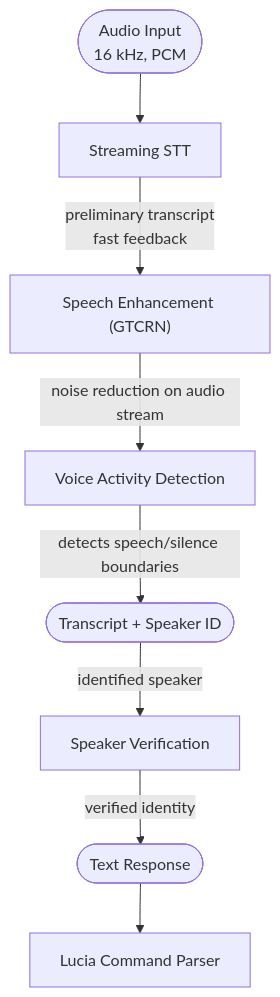
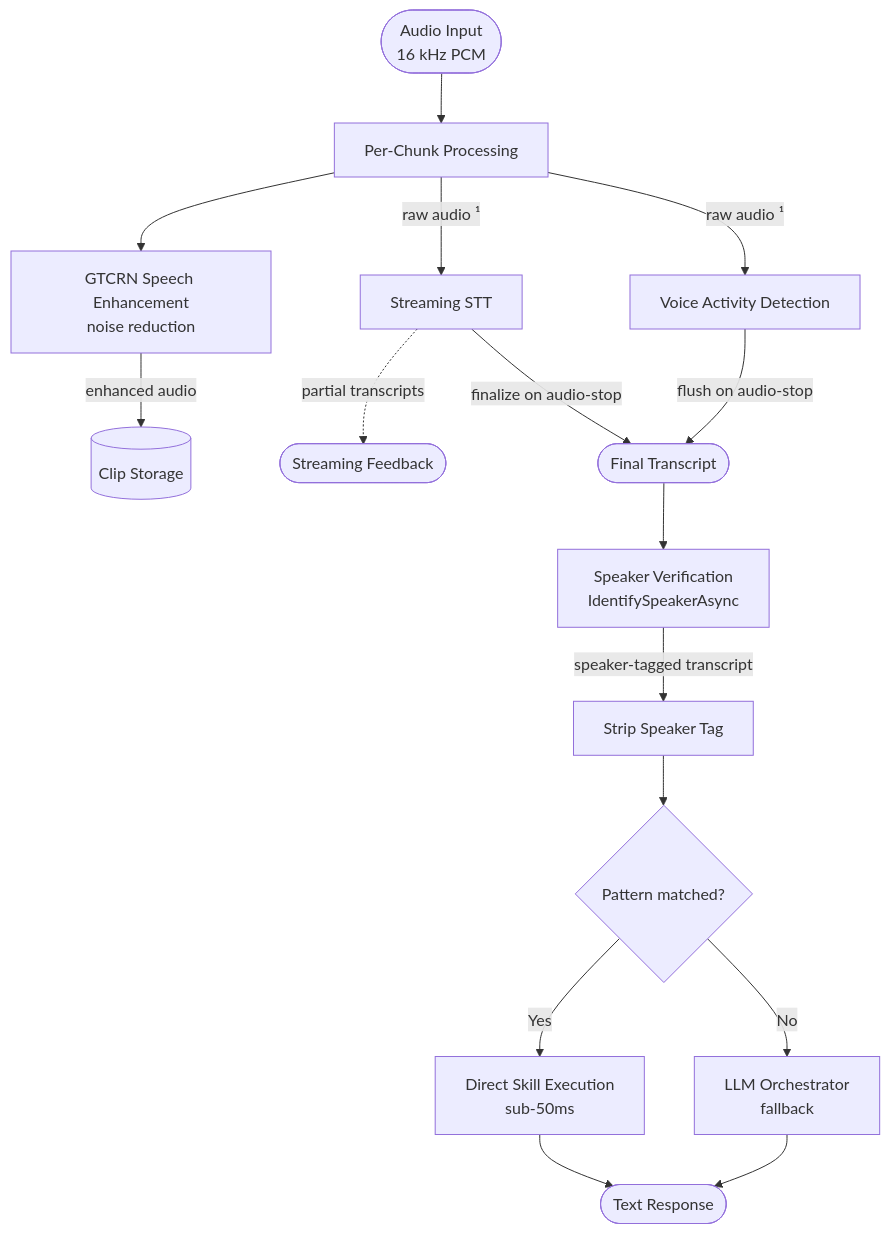
The first of 6 diagrams in docs/architecture/voice-platform.md (seiggy/lucia.ai), drawn with Mermaid before and after one commit. The commit also changed other lines of this file, not shown here.

Commit message:
docs: fix voice platform architecture diagram to match actual code flow
Update the main mermaid diagram in voice-platform.md to reflect the
verified pipeline from WyomingSession.ProcessSpeechSamples:

- Show GTCRN, STT, and VAD processing each chunk in parallel
- Clarify STT/VAD receive raw audio (not enhanced) to avoid spectral
  mismatch with speaker enrollment profiles
- GTCRN enhanced audio routes to clip storage only
- Show sequential post-processing: speaker verification then command
  processing (pattern match or LLM fallback)
- Add annotation explaining raw vs enhanced audio split
- Update prose paragraph to match the corrected diagram

````diff
--- a/docs/architecture/voice-platform.md
+++ b/docs/architecture/voice-platform.md
@@ -12,10 +12,22 @@
 ```mermaid
-graph TD
-    A([Audio Input<br/>16 kHz, PCM]) --> B[Streaming STT]
-    B -->|preliminary transcript<br/>fast feedback| C["Speech Enhancement (GTCRN)"]
-    C -->|noise reduction on audio stream| D[Voice Activity Detection]
-    D -->|detects speech/silence boundaries| E([Transcript + Speaker ID])
-    E -->|identified speaker| F[Speaker Verification]
-    F -->|verified identity| G([Text Response])
-    G --> H[Lucia Command Parser]
+flowchart TD
+    A([Audio Input<br/>16 kHz PCM]) --> B["Per-Chunk Processing"]
+
+    B --> GTCRN["GTCRN Speech Enhancement<br/>noise reduction"]
+    B -->|"raw audio ¹"| STT["Streaming STT"]
+    B -->|"raw audio ¹"| VAD["Voice Activity Detection"]
+
+    GTCRN -->|enhanced audio| CLIPS[(Clip Storage)]
+    STT -.->|partial transcripts| PARTIAL([Streaming Feedback])
+
+    STT -->|"finalize on audio-stop"| FINAL([Final Transcript])
+    VAD -->|"flush on audio-stop"| FINAL
+
+    FINAL --> SV["Speaker Verification<br/>IdentifySpeakerAsync"]
+    SV -->|speaker-tagged transcript| STRIP["Strip Speaker Tag"]
+    STRIP --> CMD{Pattern matched?}
+    CMD -->|Yes| FAST["Direct Skill Execution<br/>sub-50ms"]
+    CMD -->|No| LLM["LLM Orchestrator<br/>fallback"]
+    FAST --> RESP([Text Response])
+    LLM --> RESP
 ```
````
